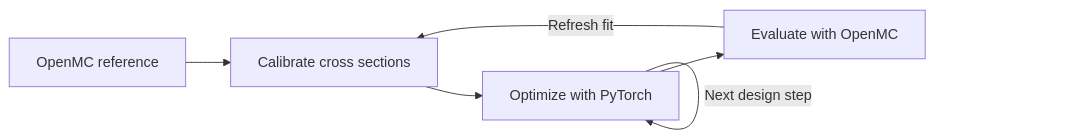
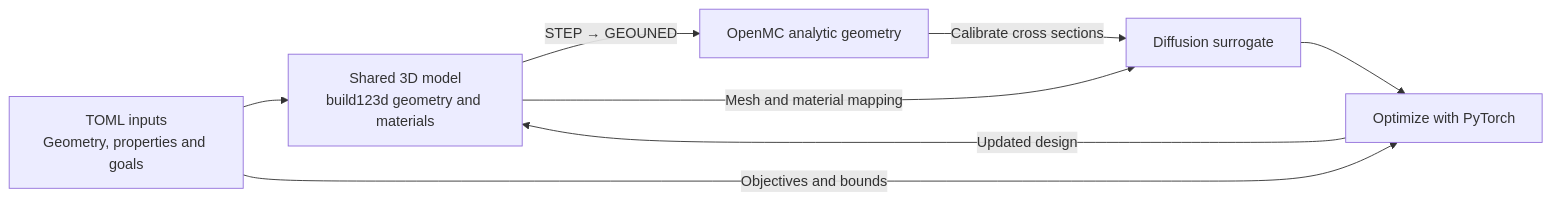
One commit to nikolaskallieros/core-optimization changed the diagram in README.md. Above: the diagram before and after it, drawn with Mermaid. The commit also changed other lines of this file and 42 other files, not shown here.

Commit message:
refactor geometry handling to use build123d'

````diff
--- a/README.md
+++ b/README.md
@@ -19,8 +19,10 @@
 ```mermaid
 flowchart LR
-    A[OpenMC reference] --> B[Calibrate cross sections]
-    B --> C[Optimize with PyTorch]
-    C --> D[Evaluate with OpenMC]
-    C -->|Next design step| C
-    D -->|Refresh fit| B
+    A["TOML inputs<br/>Geometry, properties and goals"] --> B["Shared 3D model<br/>build123d geometry and materials"]
+    B -->|STEP → GEOUNED| C[OpenMC analytic geometry]
+    B -->|Mesh and material mapping| D[Diffusion surrogate]
+    C -->|Calibrate cross sections| D
+    D --> E[Optimize with PyTorch]
+    A -->|Objectives and bounds| E
+    E -->|Updated design| B
 ```
````
